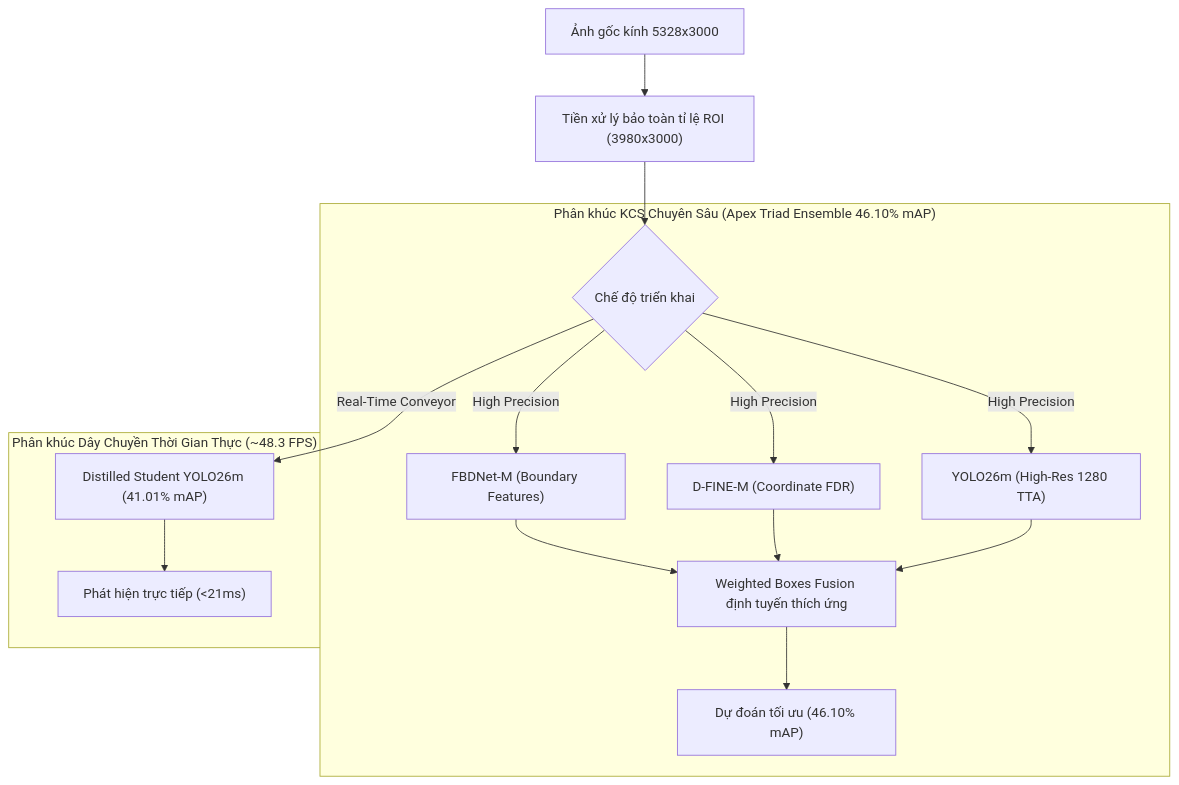
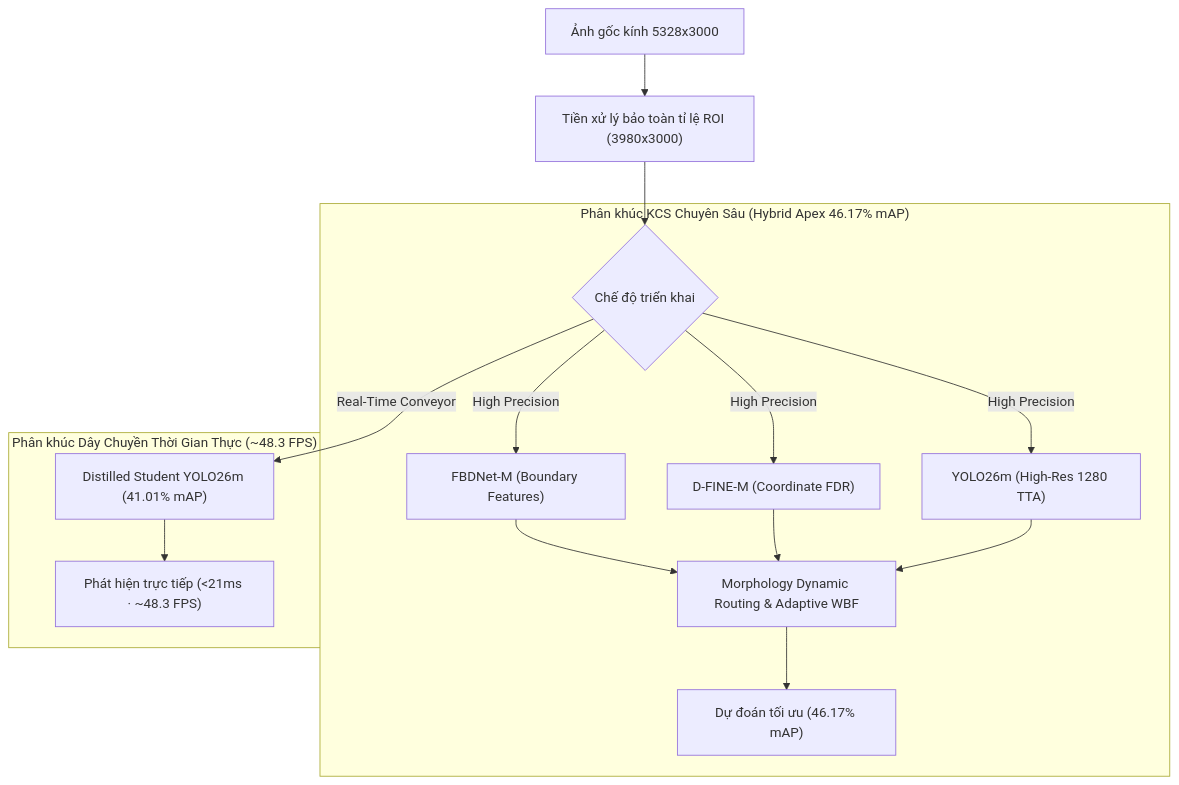
Before and after one commit to nvtanphat/glass-defect-inspector: the diagram in README.md, drawn with Mermaid. The commit also changed other lines of this file and 28 other files, not shown here.

````diff
--- a/README.md
+++ b/README.md
@@ -76,18 +120,18 @@
 ```mermaid
 flowchart TD
     Raw["Ảnh gốc kính 5328x3000"] --> ROI["Tiền xử lý bảo toàn tỉ lệ ROI (3980x3000)"]
     ROI --> Split{"Chế độ triển khai"}
     
-    subgraph SOTA_Path ["Phân khúc KCS Chuyên Sâu (Apex Triad Ensemble 46.10% mAP)"]
+    subgraph SOTA_Path ["Phân khúc KCS Chuyên Sâu (Hybrid Apex 46.17% mAP)"]
         Split -->|High Precision| FBD["FBDNet-M (Boundary Features)"]
         Split -->|High Precision| DF["D-FINE-M (Coordinate FDR)"]
         Split -->|High Precision| Y26["YOLO26m (High-Res 1280 TTA)"]
-        FBD & DF & Y26 --> DynWBF["Weighted Boxes Fusion định tuyến thích ứng"]
-        DynWBF --> ApexOut["Dự đoán tối ưu (46.10% mAP)"]
+        FBD & DF & Y26 --> DynWBF["Morphology Dynamic Routing & Adaptive WBF"]
+        DynWBF --> ApexOut["Dự đoán tối ưu (46.17% mAP)"]
     end
     
     subgraph RealTime_Path ["Phân khúc Dây Chuyền Thời Gian Thực (~48.3 FPS)"]
         Split -->|Real-Time Conveyor| Distill["Distilled Student YOLO26m (41.01% mAP)"]
-        Distill --> FastOut["Phát hiện trực tiếp (<21ms)"]
+        Distill --> FastOut["Phát hiện trực tiếp (<21ms · ~48.3 FPS)"]
     end
 ```
````
